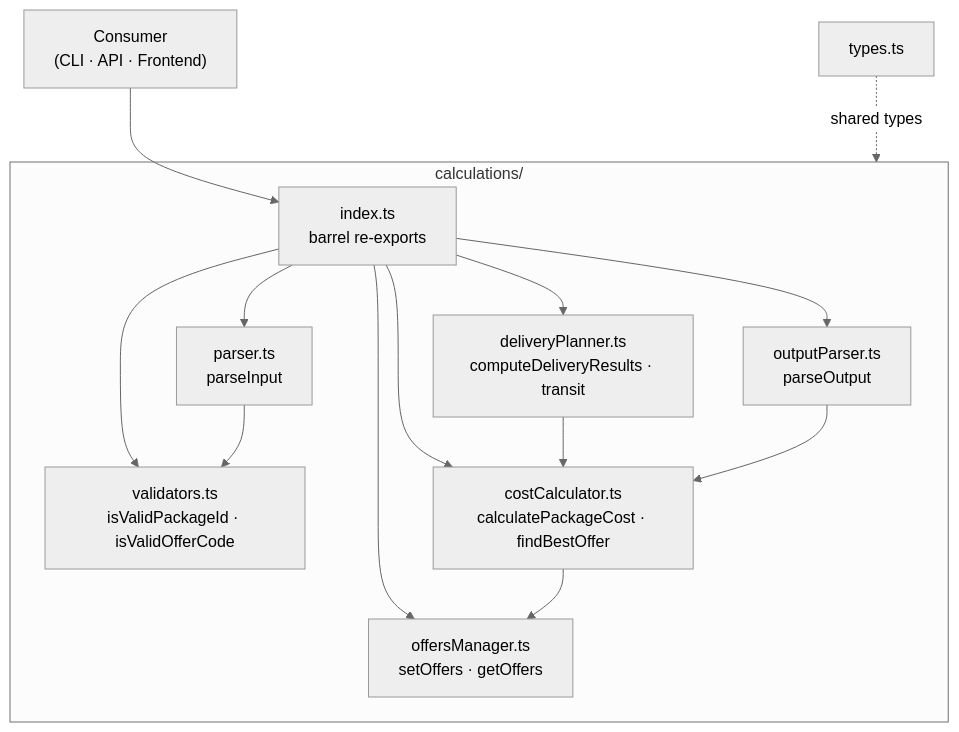
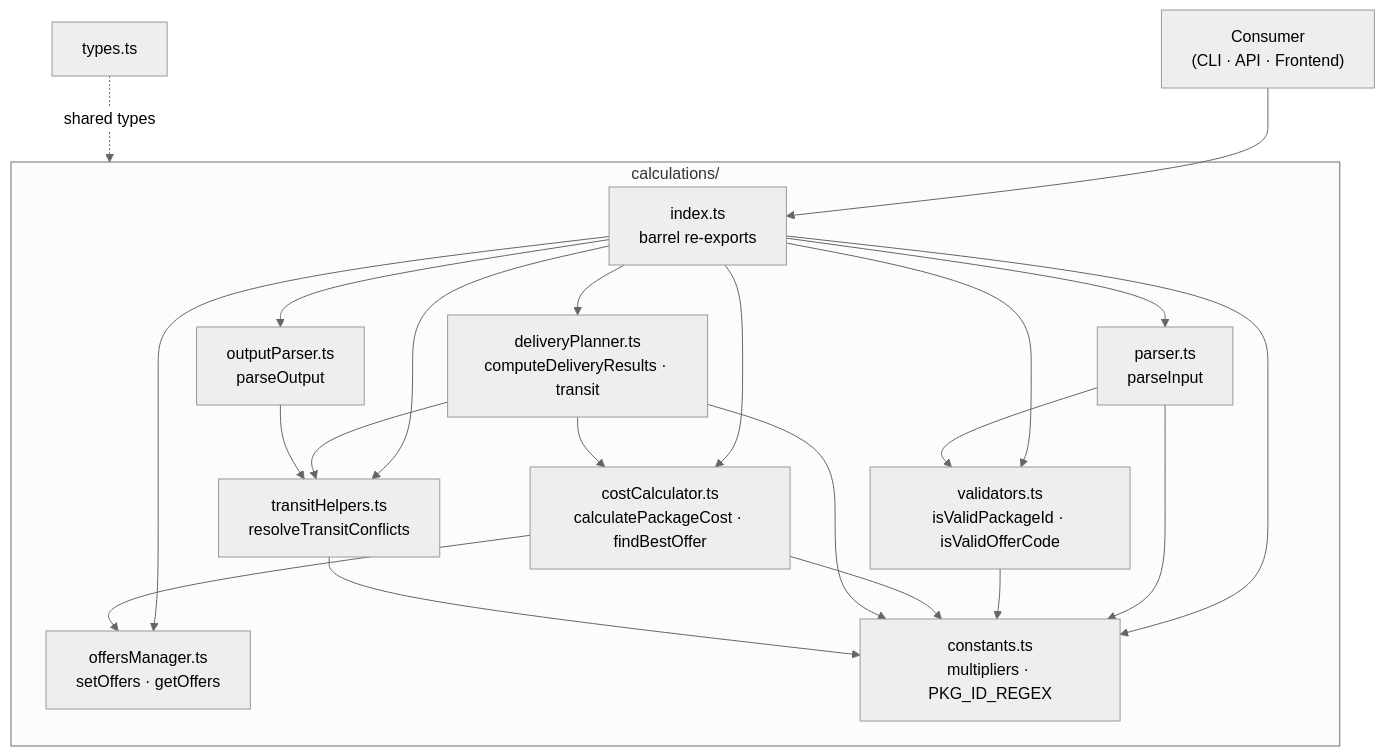
One commit to nurulizyansyaza/courier-service-core changed the diagram in README.md. Above: the diagram before and after it, drawn with Mermaid (neutral theme). The commit also changed other lines of this file and 11 other files, not shown here.

````diff
--- a/README.md
+++ b/README.md
@@ -127,20 +139,28 @@
 ```mermaid
 graph TB
     Consumer["Consumer<br/>(CLI · API · Frontend)"] --> Index["index.ts<br/>barrel re-exports"]
 
     subgraph Core["calculations/"]
         Index --> Parser["parser.ts<br/>parseInput"]
         Index --> Validators["validators.ts<br/>isValidPackageId · isValidOfferCode"]
         Index --> Cost["costCalculator.ts<br/>calculatePackageCost · findBestOffer"]
         Index --> Delivery["deliveryPlanner.ts<br/>computeDeliveryResults · transit"]
         Index --> Offers["offersManager.ts<br/>setOffers · getOffers"]
         Index --> Output["outputParser.ts<br/>parseOutput"]
+        Index --> Transit["transitHelpers.ts<br/>resolveTransitConflicts"]
+        Index --> Constants["constants.ts<br/>multipliers · PKG_ID_REGEX"]
 
         Parser --> Validators
+        Parser --> Constants
+        Validators --> Constants
         Cost --> Offers
+        Cost --> Constants
         Delivery --> Cost
-        Output --> Cost
+        Delivery --> Transit
+        Delivery --> Constants
+        Output --> Transit
+        Transit --> Constants
     end
 
     Types["types.ts"] -.->|"shared types"| Core
 ```
````
